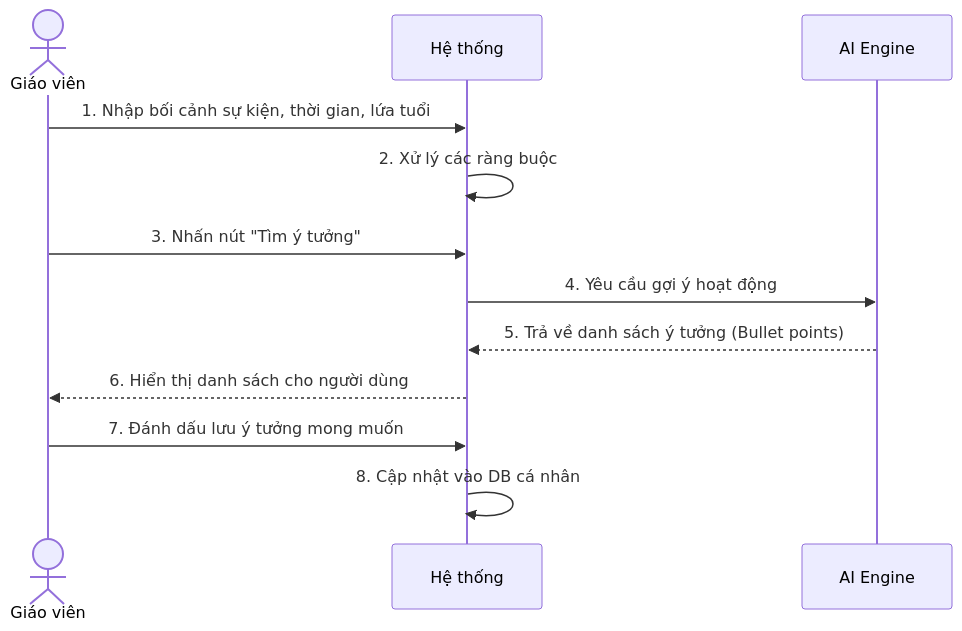
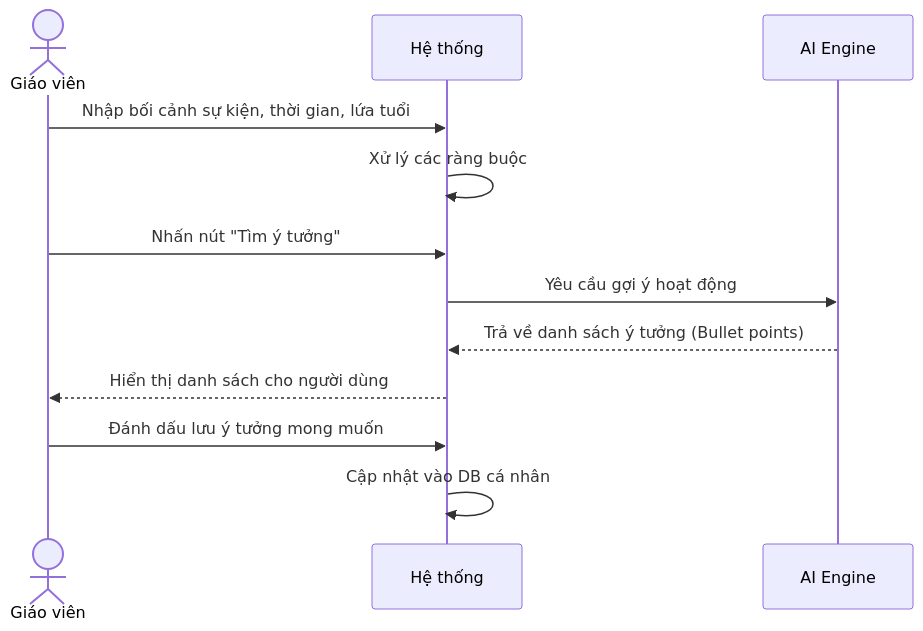
One commit to Cong-ty-TNNH-Q-Tech/Q-School changed the third of 3 diagrams in docs/nhom_4_ai_assistant.md. Above: the diagram before and after it, drawn with Mermaid. The commit also changed other lines of this file and 5 other files, not shown here.

Commit message:
docs: refine sequence diagrams logical flow and remove step numbers

````diff
--- a/docs/nhom_4_ai_assistant.md
+++ b/docs/nhom_4_ai_assistant.md
@@ -88,15 +88,15 @@
 ```mermaid
 sequenceDiagram
     actor GV as Giáo viên
     participant HT as Hệ thống
     participant AI as AI Engine
 
-    GV->>HT: 1. Nhập bối cảnh sự kiện, thời gian, lứa tuổi
-    HT->>HT: 2. Xử lý các ràng buộc
-    GV->>HT: 3. Nhấn nút "Tìm ý tưởng"
-    HT->>AI: 4. Yêu cầu gợi ý hoạt động
-    AI-->>HT: 5. Trả về danh sách ý tưởng (Bullet points)
-    HT-->>GV: 6. Hiển thị danh sách cho người dùng
-    GV->>HT: 7. Đánh dấu lưu ý tưởng mong muốn
-    HT->>HT: 8. Cập nhật vào DB cá nhân
+    GV->>HT: Nhập bối cảnh sự kiện, thời gian, lứa tuổi
+    HT->>HT: Xử lý các ràng buộc
+    GV->>HT: Nhấn nút "Tìm ý tưởng"
+    HT->>AI: Yêu cầu gợi ý hoạt động
+    AI-->>HT: Trả về danh sách ý tưởng (Bullet points)
+    HT-->>GV: Hiển thị danh sách cho người dùng
+    GV->>HT: Đánh dấu lưu ý tưởng mong muốn
+    HT->>HT: Cập nhật vào DB cá nhân
 ```
````
